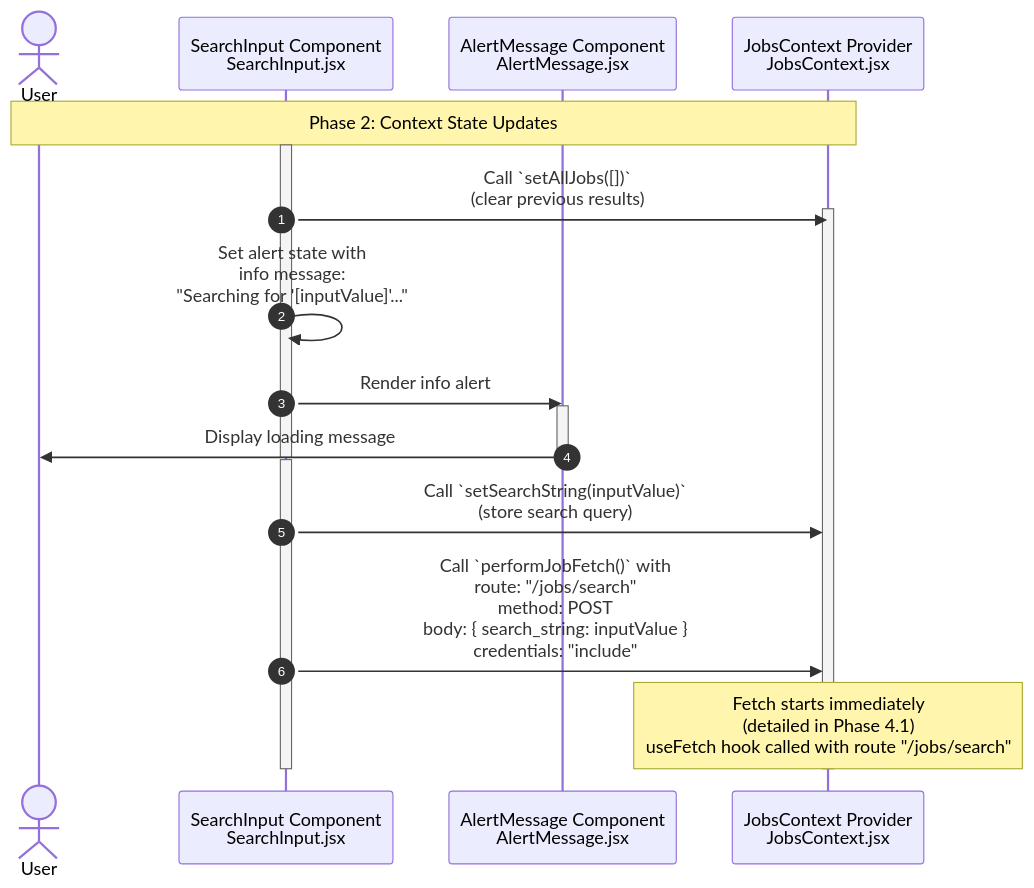
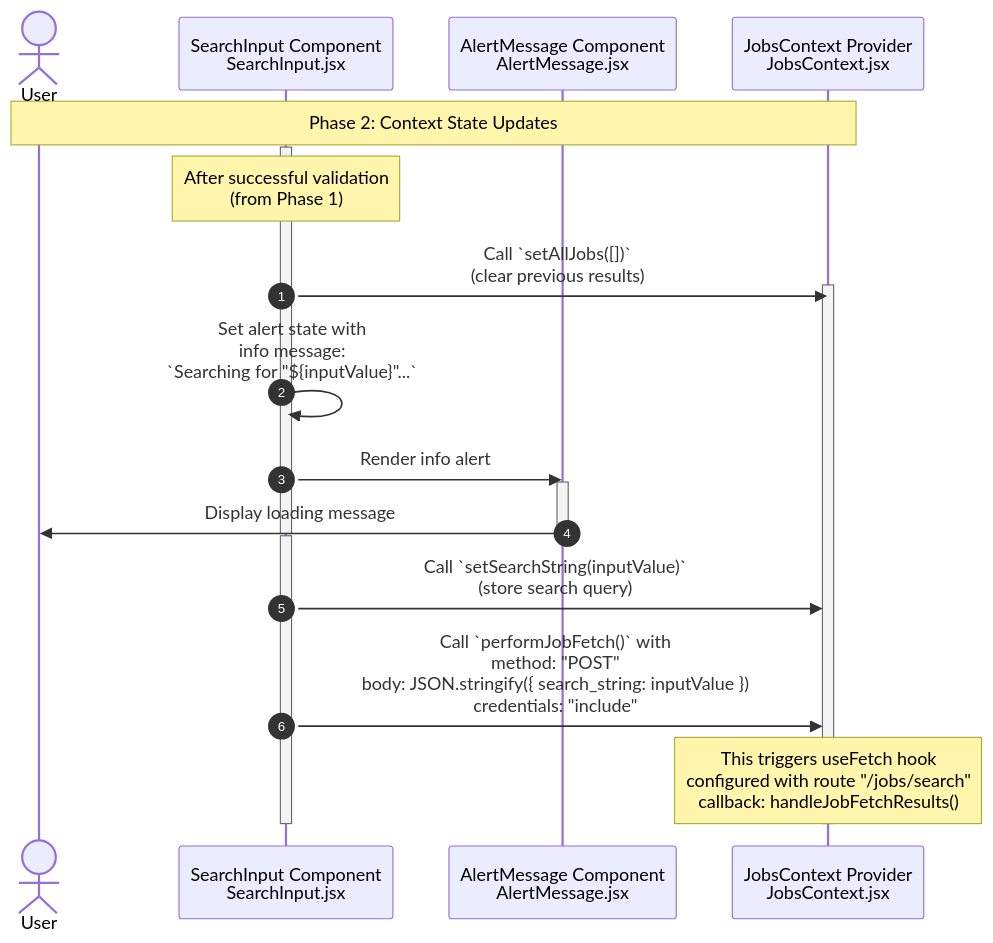
One commit to YahyaAl-Ademi/2025.10.23-JobCompass changed the diagram in documentation/jobFetch/2.Context State Updates.md. Above: the diagram before and after it, drawn with Mermaid. The commit also changed 5 other files, not shown here.

Commit message:
refactor: update job fetch documentation; enhance input validation flow, context state updates, and travel details fetching process

````diff
--- a/documentation/jobFetch/2.Context State Updates.md
+++ b/documentation/jobFetch/2.Context State Updates.md
@@ -7,36 +7,37 @@
 ```mermaid
 sequenceDiagram
     autonumber
     actor User
     %% File paths:
     %% SearchInput: client/src/components/SearchInput/SearchInput.jsx
     %% AlertMessage: client/src/components/AlertMessage/AlertMessage.jsx
     %% JobsContext: client/src/context/JobsContext.jsx
     participant SearchInput as SearchInput Component<br/>SearchInput.jsx
     participant AlertMessage as AlertMessage Component<br/>AlertMessage.jsx
     participant JobsContext as JobsContext Provider<br/>JobsContext.jsx
 
     Note over User,JobsContext: Phase 2: Context State Updates
     activate SearchInput
+    Note over SearchInput: After successful validation<br/>(from Phase 1)
     SearchInput->>JobsContext: Call `setAllJobs([])`<br/>(clear previous results)
     activate JobsContext
     deactivate SearchInput
 
     activate SearchInput
-    SearchInput->>SearchInput: Set alert state with<br/>info message:<br/>"Searching for '[inputValue]'..."
+    SearchInput->>SearchInput: Set alert state with<br/>info message:<br/>`Searching for "${inputValue}"...`
     SearchInput->>AlertMessage: Render info alert
     activate AlertMessage
     AlertMessage->>User: Display loading message
     deactivate AlertMessage
     deactivate SearchInput
 
     activate SearchInput
     SearchInput->>JobsContext: Call `setSearchString(inputValue)`<br/>(store search query)
     deactivate SearchInput
 
     activate SearchInput
-    SearchInput->>JobsContext: Call `performJobFetch()` with<br/>route: "/jobs/search"<br/>method: POST<br/>body: { search_string: inputValue }<br/>credentials: "include"
-    Note over JobsContext: Fetch starts immediately<br/>(detailed in Phase 4.1)<br/>useFetch hook called with route "/jobs/search"
+    SearchInput->>JobsContext: Call `performJobFetch()` with<br/>method: "POST"<br/>body: JSON.stringify({ search_string: inputValue })<br/>credentials: "include"
+    Note over JobsContext: This triggers useFetch hook<br/>configured with route "/jobs/search"<br/>callback: handleJobFetchResults()
     deactivate SearchInput
     deactivate JobsContext
 ```
````
